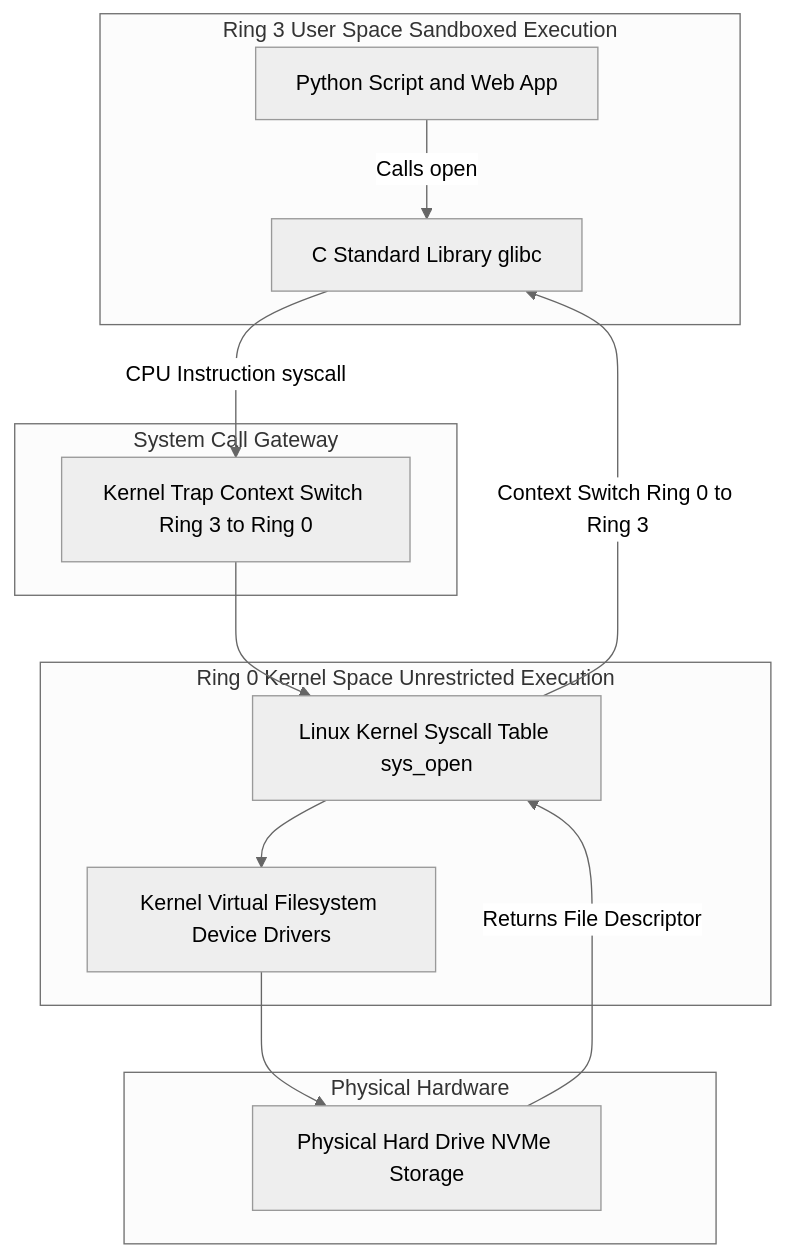
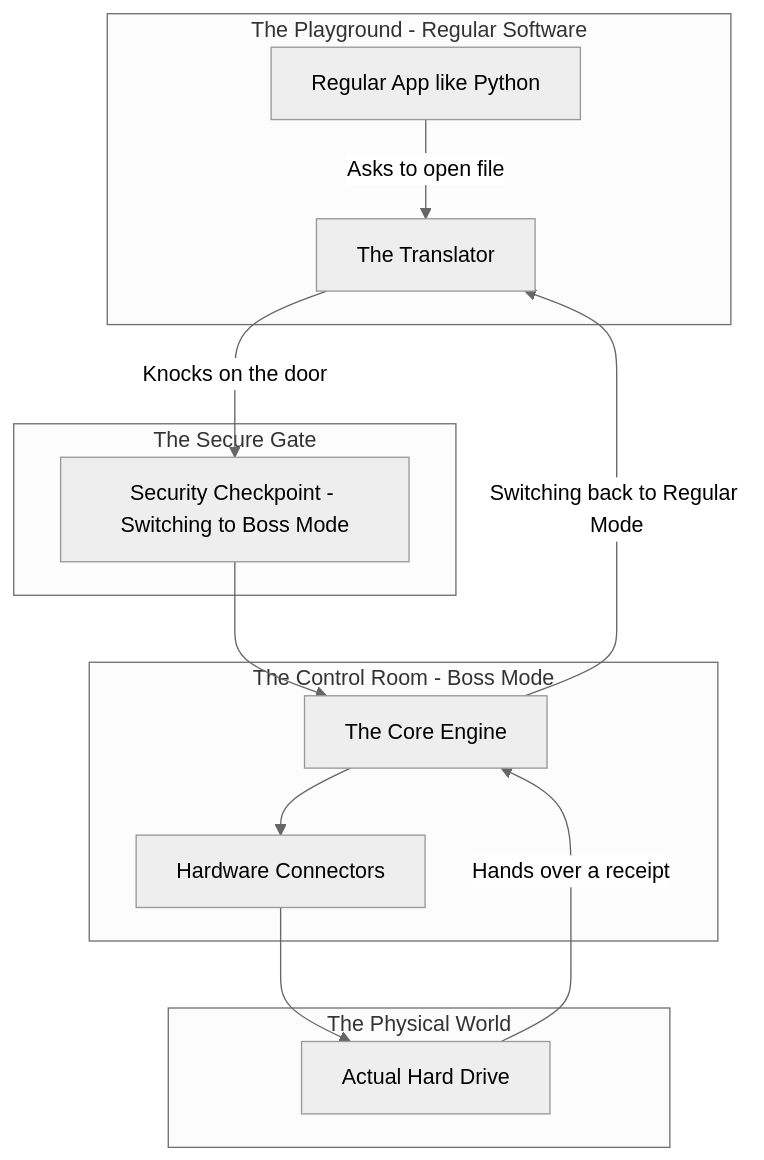
Before and after one commit to aloysiuspattath/platform-engineering-ai-course: the diagram in website/pages/modules/module-03/lesson-01.md, drawn with Mermaid (neutral theme). The commit also changed other lines of this file and 56 other files, not shown here.

Commit message:
refactor: simplify all architecture diagrams and explanations to layman's terms via AI subagent swarm

````diff
--- a/website/pages/modules/module-03/lesson-01.md
+++ b/website/pages/modules/module-03/lesson-01.md
@@ -91,24 +91,24 @@
 ```mermaid
 flowchart TD
-    subgraph Ring3 [Ring 3 User Space Sandboxed Execution]
-        APP[Python Script and Web App]
-        LIBC[C Standard Library glibc]
-        APP -->|Calls open| LIBC
+    subgraph Ring3 [The Playground - Regular Software]
+        APP[Regular App like Python]
+        LIBC[The Translator]
+        APP -->|Asks to open file| LIBC
     end
 
-    subgraph SyscallGateway [System Call Gateway]
-        LIBC -->|CPU Instruction syscall| TRAP[Kernel Trap Context Switch Ring 3 to Ring 0]
+    subgraph SyscallGateway [The Secure Gate]
+        LIBC -->|Knocks on the door| TRAP[Security Checkpoint - Switching to Boss Mode]
     end
 
-    subgraph Ring0 [Ring 0 Kernel Space Unrestricted Execution]
-        TRAP --> KERNEL[Linux Kernel Syscall Table sys_open]
-        KERNEL --> VFS[Kernel Virtual Filesystem Device Drivers]
+    subgraph Ring0 [The Control Room - Boss Mode]
+        TRAP --> KERNEL[The Core Engine]
+        KERNEL --> VFS[Hardware Connectors]
     end
 
-    subgraph PhysicalHW [Physical Hardware]
-        VFS --> DISK[Physical Hard Drive NVMe Storage]
+    subgraph PhysicalHW [The Physical World]
+        VFS --> DISK[Actual Hard Drive]
     end
 
-    DISK -->|Returns File Descriptor| KERNEL
-    KERNEL -->|Context Switch Ring 0 to Ring 3| LIBC
+    DISK -->|Hands over a receipt| KERNEL
+    KERNEL -->|Switching back to Regular Mode| LIBC
 ```
````
